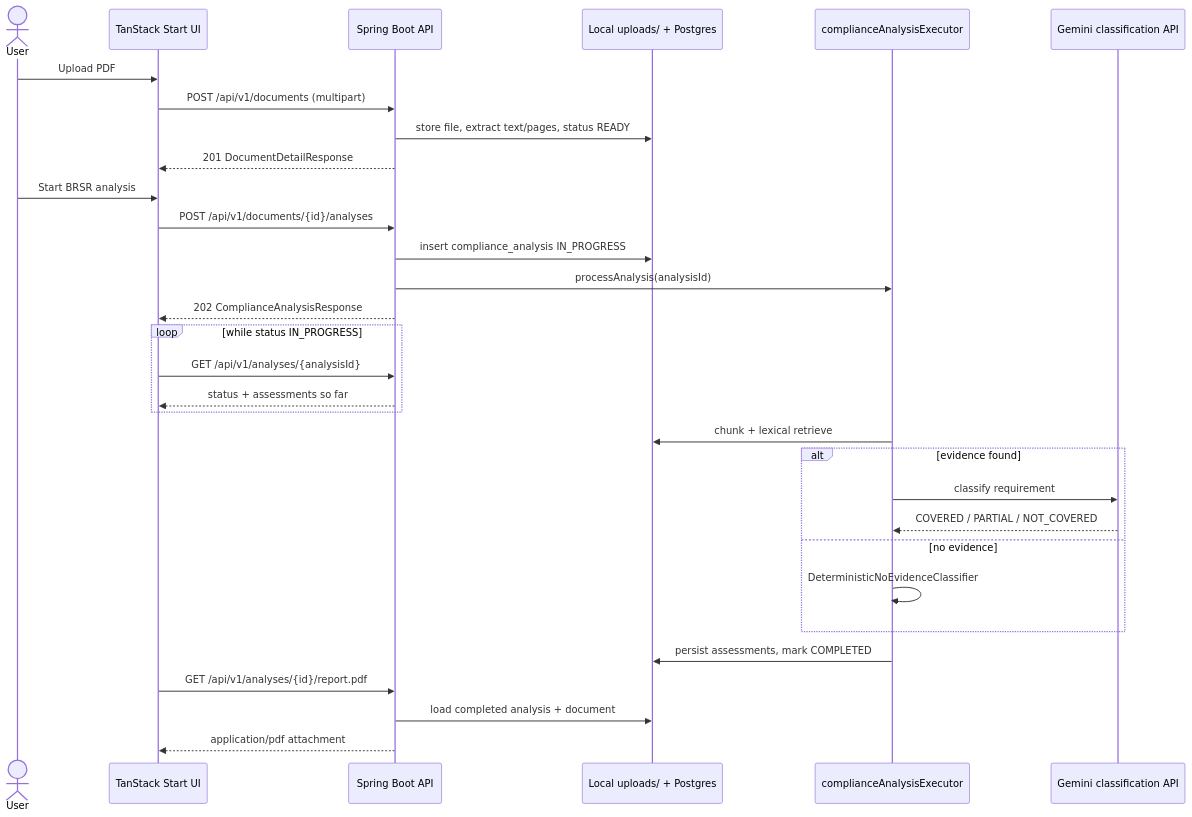
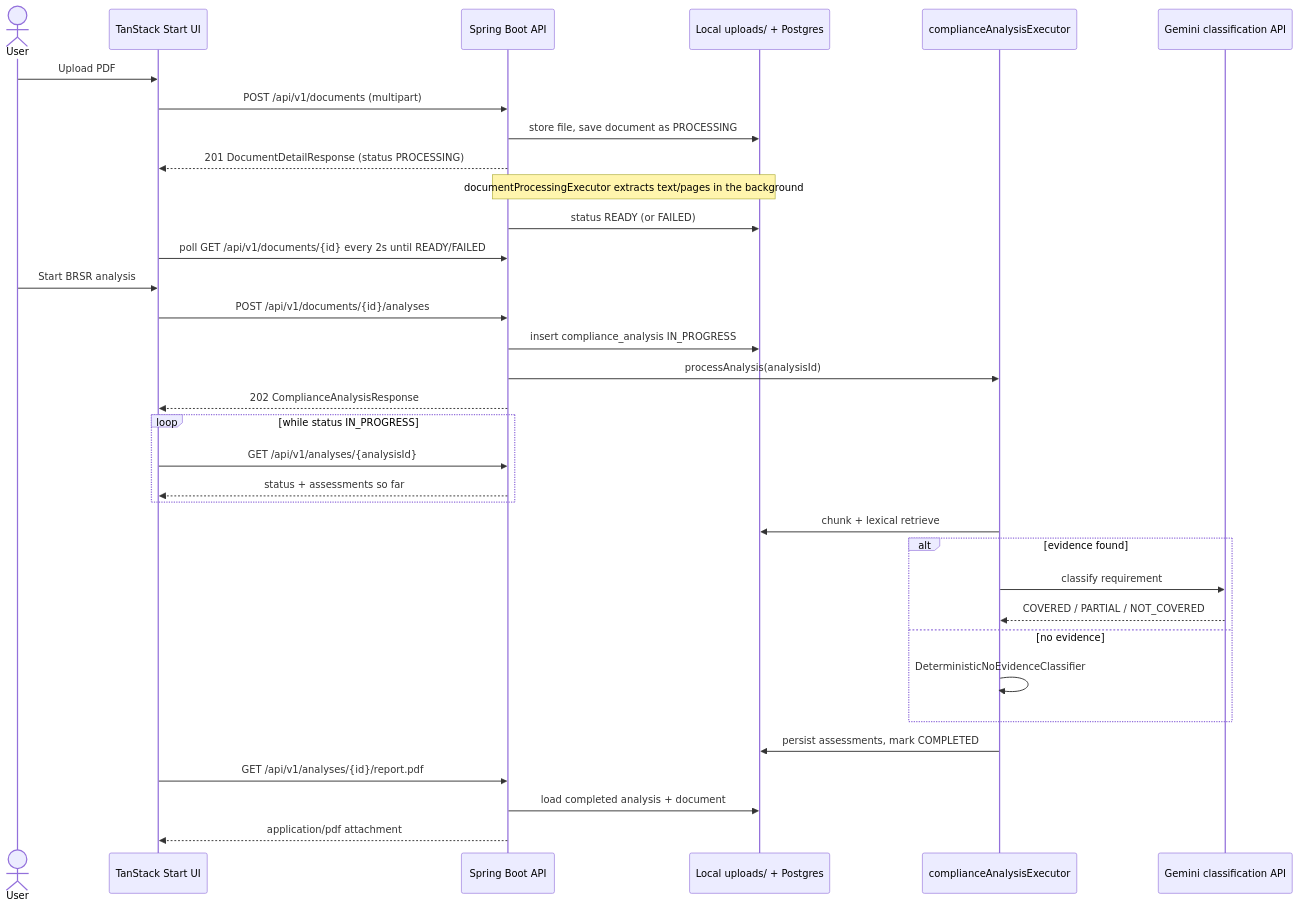
One commit to ItsAdi003/esg-genius-pro changed the second of 3 diagrams in docs/ARCHITECTURE.md. Above: the diagram before and after it, drawn with Mermaid. The commit also changed other lines of this file and 4 other files, not shown here.

````diff
--- a/docs/ARCHITECTURE.md
+++ b/docs/ARCHITECTURE.md
@@ -88,38 +92,41 @@
 ```mermaid
 sequenceDiagram
   actor User
   participant FE as TanStack Start UI
   participant API as Spring Boot API
   participant Store as Local uploads/ + Postgres
   participant Exec as complianceAnalysisExecutor
   participant Gemini as Gemini classification API
 
   User->>FE: Upload PDF
   FE->>API: POST /api/v1/documents (multipart)
-  API->>Store: store file, extract text/pages, status READY
-  API-->>FE: 201 DocumentDetailResponse
+  API->>Store: store file, save document as PROCESSING
+  API-->>FE: 201 DocumentDetailResponse (status PROCESSING)
+  Note over API,Store: documentProcessingExecutor extracts text/pages in the background
+  API->>Store: status READY (or FAILED)
+  FE->>API: poll GET /api/v1/documents/{id} every 2s until READY/FAILED
 
   User->>FE: Start BRSR analysis
   FE->>API: POST /api/v1/documents/{id}/analyses
   API->>Store: insert compliance_analysis IN_PROGRESS
   API->>Exec: processAnalysis(analysisId)
   API-->>FE: 202 ComplianceAnalysisResponse
 
   loop while status IN_PROGRESS
     FE->>API: GET /api/v1/analyses/{analysisId}
     API-->>FE: status + assessments so far
   end
 
   Exec->>Store: chunk + lexical retrieve
   alt evidence found
     Exec->>Gemini: classify requirement
     Gemini-->>Exec: COVERED / PARTIAL / NOT_COVERED
   else no evidence
     Exec->>Exec: DeterministicNoEvidenceClassifier
   end
   Exec->>Store: persist assessments, mark COMPLETED
 
   FE->>API: GET /api/v1/analyses/{id}/report.pdf
   API->>Store: load completed analysis + document
   API-->>FE: application/pdf attachment
 ```
````
